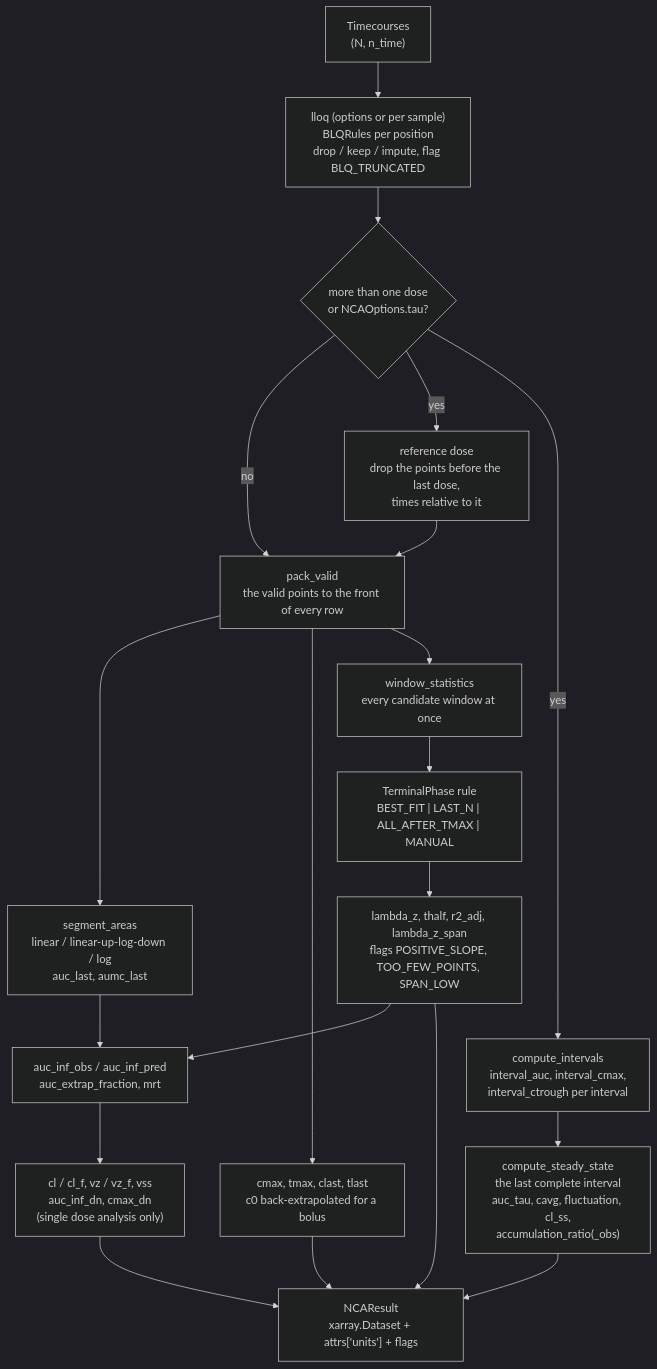
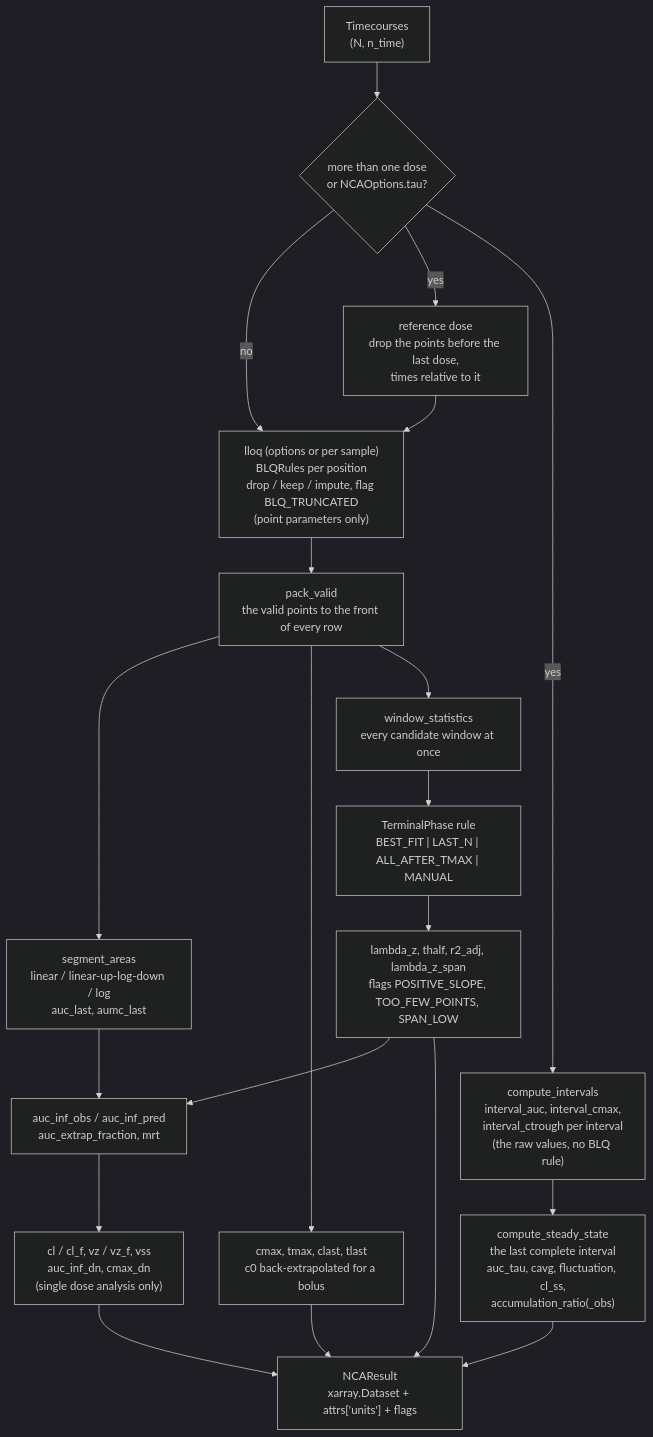
One commit to matthiaskoenig/pkpdutils changed the diagram in docs/nca.md. Above: the diagram before and after it, drawn with Mermaid (dark theme). The commit also changed other lines of this file and 4 other files, not shown here.

First line of the commit message:
Record the LLOQ breaking change and tighten the BLQ documentation

````diff
--- a/docs/nca.md
+++ b/docs/nca.md
@@ -31,22 +31,22 @@
 ```mermaid
 flowchart TD
-  IN["Timecourses<br/>(N, n_time)"] --> BLQ["lloq (options or per sample)<br/>BLQRules per position<br/>drop / keep / impute, flag BLQ_TRUNCATED"]
-  BLQ --> MD{"more than one dose<br/>or NCAOptions.tau?"}
-  MD -->|no| PACK
+  IN["Timecourses<br/>(N, n_time)"] --> MD{"more than one dose<br/>or NCAOptions.tau?"}
+  MD -->|no| BLQ
   MD -->|yes| REF["reference dose<br/>drop the points before the last dose,<br/>times relative to it"]
-  REF --> PACK["pack_valid<br/>the valid points to the front of every row"]
+  REF --> BLQ["lloq (options or per sample)<br/>BLQRules per position<br/>drop / keep / impute, flag BLQ_TRUNCATED<br/>(point parameters only)"]
+  BLQ --> PACK["pack_valid<br/>the valid points to the front of every row"]
   PACK --> AUC["segment_areas<br/>linear / linear-up-log-down / log<br/>auc_last, aumc_last"]
   PACK --> PEAK["cmax, tmax, clast, tlast<br/>c0 back-extrapolated for a bolus"]
   PACK --> TERM["window_statistics<br/>every candidate window at once"]
   TERM --> PICK["TerminalPhase rule<br/>BEST_FIT | LAST_N | ALL_AFTER_TMAX | MANUAL"]
   PICK --> LZ["lambda_z, thalf, r2_adj, lambda_z_span<br/>flags POSITIVE_SLOPE, TOO_FEW_POINTS, SPAN_LOW"]
   AUC --> EXTRAP["auc_inf_obs / auc_inf_pred<br/>auc_extrap_fraction, mrt"]
   LZ --> EXTRAP
   EXTRAP --> DOSEP["cl / cl_f, vz / vz_f, vss<br/>auc_inf_dn, cmax_dn<br/>(single dose analysis only)"]
-  MD -->|yes| IV["compute_intervals<br/>interval_auc, interval_cmax,<br/>interval_ctrough per interval"]
+  MD -->|yes| IV["compute_intervals<br/>interval_auc, interval_cmax,<br/>interval_ctrough per interval<br/>(the raw values, no BLQ rule)"]
   IV --> SS["compute_steady_state<br/>the last complete interval<br/>auc_tau, cavg, fluctuation, cl_ss,<br/>accumulation_ratio(_obs)"]
   DOSEP --> OUT["NCAResult<br/>xarray.Dataset + attrs['units'] + flags"]
   PEAK --> OUT
   SS --> OUT
   LZ --> OUT
 ```
````
